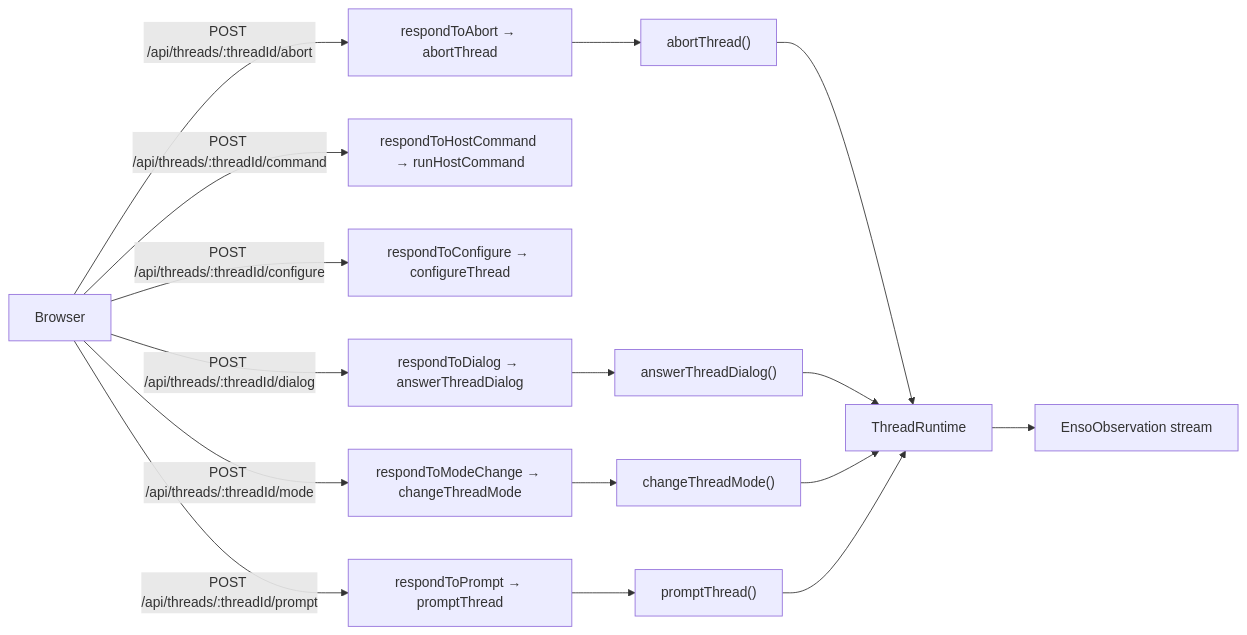
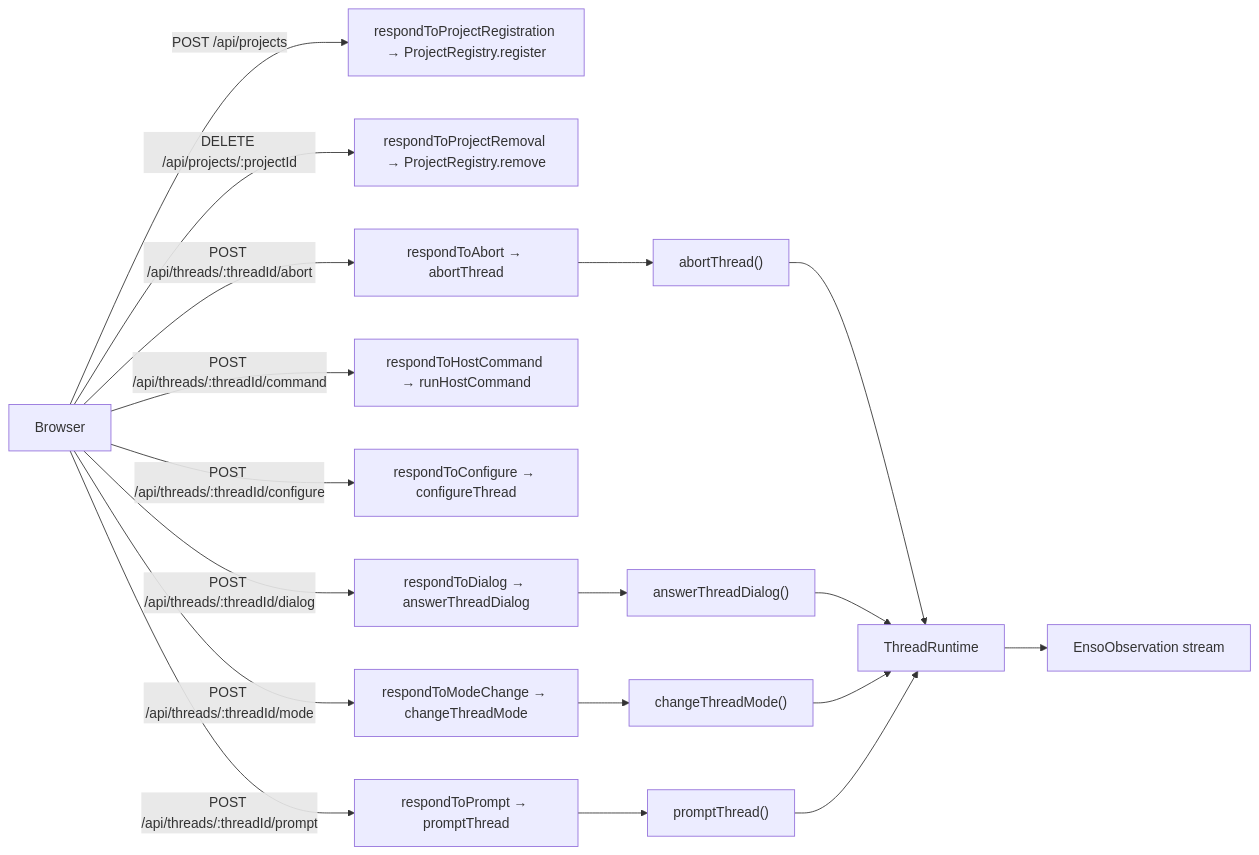
The first of 2 diagrams in docs/reference/flows.md (dopamine911/enso-harness), drawn with Mermaid before and after one commit. The commit also changed other lines of this file and 38 other files, not shown here.

````diff
--- a/docs/reference/flows.md
+++ b/docs/reference/flows.md
@@ -10,19 +10,21 @@
 ```mermaid
 flowchart LR
   Browser["Browser"]
+  Browser -->|POST /api/projects| R_POST_api_projects["respondToProjectRegistration → ProjectRegistry.register"]
+  Browser -->|DELETE /api/projects/:projectId| R_DELETE_api_projects_projectId["respondToProjectRemoval → ProjectRegistry.remove"]
   Browser -->|POST /api/threads/:threadId/abort| R_POST_api_threads_threadId_abort["respondToAbort → abortThread"]
   R_POST_api_threads_threadId_abort --> H_respondToAbort_abortThread["abortThread()"]
   H_respondToAbort_abortThread --> Runtime
   Browser -->|POST /api/threads/:threadId/command| R_POST_api_threads_threadId_command["respondToHostCommand → runHostCommand"]
   Browser -->|POST /api/threads/:threadId/configure| R_POST_api_threads_threadId_configure["respondToConfigure → configureThread"]
   Browser -->|POST /api/threads/:threadId/dialog| R_POST_api_threads_threadId_dialog["respondToDialog → answerThreadDialog"]
   R_POST_api_threads_threadId_dialog --> H_respondToDialog_answerThreadDialog["answerThreadDialog()"]
   H_respondToDialog_answerThreadDialog --> Runtime
   Browser -->|POST /api/threads/:threadId/mode| R_POST_api_threads_threadId_mode["respondToModeChange → changeThreadMode"]
   R_POST_api_threads_threadId_mode --> H_respondToModeChange_changeThreadMode["changeThreadMode()"]
   H_respondToModeChange_changeThreadMode --> Runtime
   Browser -->|POST /api/threads/:threadId/prompt| R_POST_api_threads_threadId_prompt["respondToPrompt → promptThread"]
   R_POST_api_threads_threadId_prompt --> H_respondToPrompt_promptThread["promptThread()"]
   H_respondToPrompt_promptThread --> Runtime
   Runtime["ThreadRuntime"] --> Observations["EnsoObservation stream"]
 ```
````
